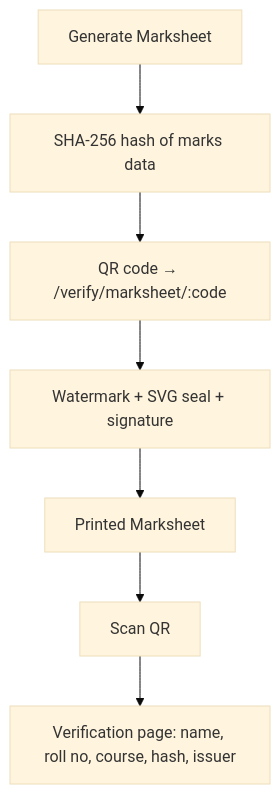
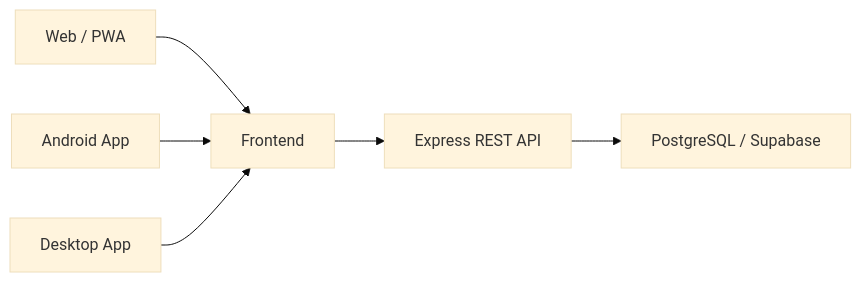
Before and after one commit to Pranayy1/college-management-system: the second of 2 diagrams in README.md, drawn with Mermaid (base theme). The commit also changed other lines of this file and 2 other files, not shown here.

````diff
--- a/README.md
+++ b/README.md
@@ -143,9 +148,8 @@
 ```mermaid
-flowchart TD
-    A[Generate Marksheet] --> B[SHA-256 hash of marks data]
-    B --> C[QR code → /verify/marksheet/:code]
-    C --> D[Watermark + SVG seal + signature]
-    D --> E[Printed Marksheet]
-    E --> F[Scan QR]
-    F --> G[Verification page: name, roll no, course, hash, issuer]
+flowchart LR
+    A[Web / PWA] --> D[Frontend]
+    B[Android App] --> D
+    C[Desktop App] --> D
+    D --> E[Express REST API]
+    E --> F[PostgreSQL / Supabase]
 ```
````
